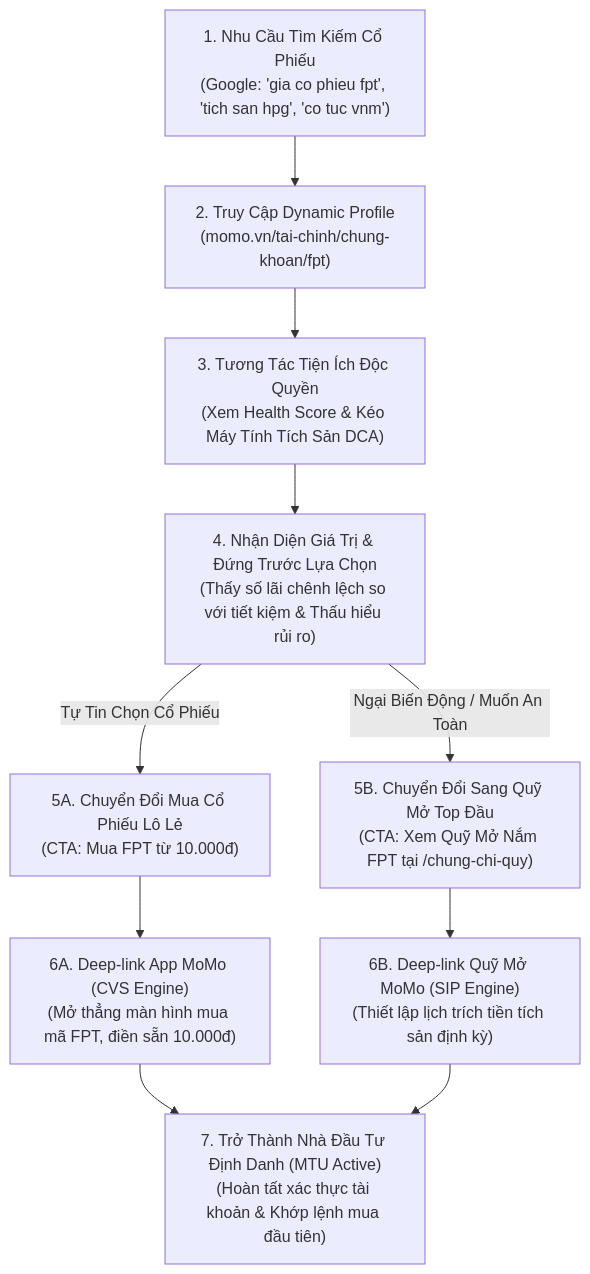
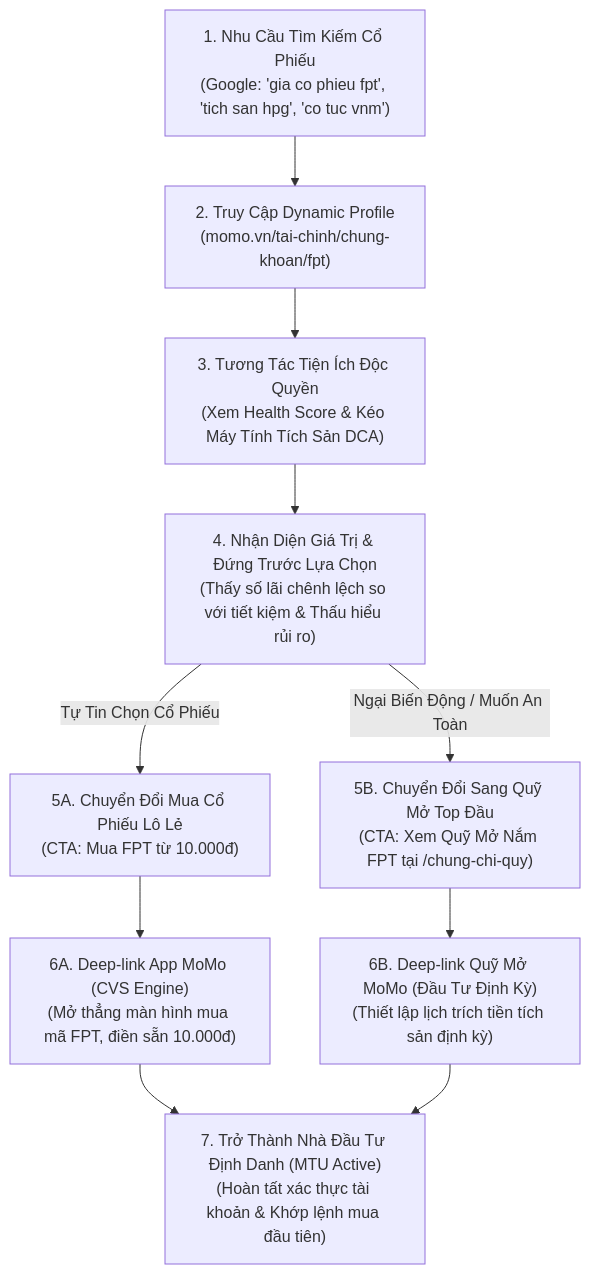
Before and after one commit to vanhien26/hienho-knowledgebase: the diagram in 09_PRD/chung-khoan-profile-prd.md, drawn with Mermaid. The commit also changed other lines of this file and 47 other files, not shown here.

Commit message:
feat(hubs, reports): sync Cinema roadmap, update Financial BRD, performance tracking and add 30/10 recaps

````diff
--- a/09_PRD/chung-khoan-profile-prd.md
+++ b/09_PRD/chung-khoan-profile-prd.md
@@ -142,12 +142,12 @@
 ```mermaid
 graph TD
     A["1. Nhu Cầu Tìm Kiếm Cổ Phiếu<br/>(Google: 'gia co phieu fpt', 'tich san hpg', 'co tuc vnm')"] --> B["2. Truy Cập Dynamic Profile<br/>(momo.vn/tai-chinh/chung-khoan/fpt)"]
     B --> C["3. Tương Tác Tiện Ích Độc Quyền<br/>(Xem Health Score & Kéo Máy Tính Tích Sản DCA)"]
     C --> D["4. Nhận Diện Giá Trị & Đứng Trước Lựa Chọn<br/>(Thấy số lãi chênh lệch so với tiết kiệm & Thấu hiểu rủi ro)"]
     D -->|Tự Tin Chọn Cổ Phiếu| E1["5A. Chuyển Đổi Mua Cổ Phiếu Lô Lẻ<br/>(CTA: Mua FPT từ 10.000đ)"]
     D -->|Ngại Biến Động / Muốn An Toàn| E2["5B. Chuyển Đổi Sang Quỹ Mở Top Đầu<br/>(CTA: Xem Quỹ Mở Nắm FPT tại /chung-chi-quy)"]
     E1 --> F1["6A. Deep-link App MoMo (CVS Engine)<br/>(Mở thẳng màn hình mua mã FPT, điền sẵn 10.000đ)"]
-    E2 --> F2["6B. Deep-link Quỹ Mở MoMo (SIP Engine)<br/>(Thiết lập lịch trích tiền tích sản định kỳ)"]
+    E2 --> F2["6B. Deep-link Quỹ Mở MoMo (Đầu Tư Định Kỳ)<br/>(Thiết lập lịch trích tiền tích sản định kỳ)"]
     F1 --> G["7. Trở Thành Nhà Đầu Tư Định Danh (MTU Active)<br/>(Hoàn tất xác thực tài khoản & Khớp lệnh mua đầu tiên)"]
     F2 --> G
 ```
````
